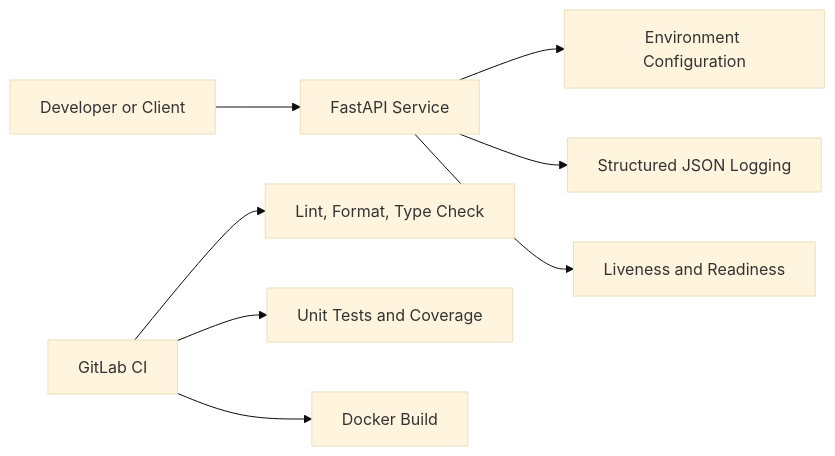
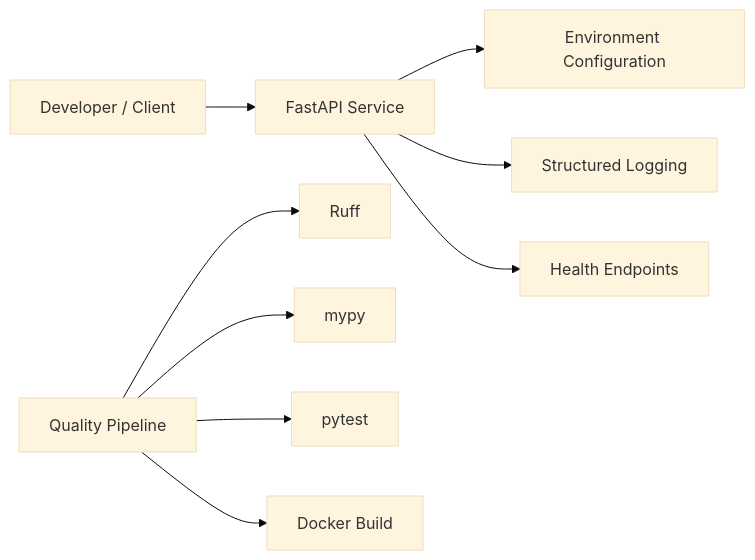
One commit to wholidi/enterprise-ai-platform changed the diagram in docs/architecture/01-platform-overview.md. Above: the diagram before and after it, drawn with Mermaid (base theme). The commit also changed other lines of this file and 7 other files, not shown here.

Commit message:
docs: complete Sprint 2 architecture documentation

````diff
--- a/docs/architecture/01-platform-overview.md
+++ b/docs/architecture/01-platform-overview.md
@@ -9,10 +23,23 @@
 ```mermaid
 flowchart LR
-    User[Developer or Client] --> API[FastAPI Service]
+
+    User[Developer / Client]
+
+    User --> API[FastAPI Service]
+
     API --> Config[Environment Configuration]
-    API --> Logs[Structured JSON Logging]
-    API --> Health[Liveness and Readiness]
-    CI[GitLab CI] --> Quality[Lint, Format, Type Check]
-    CI --> Tests[Unit Tests and Coverage]
-    CI --> Image[Docker Build]
+
+    API --> Logs[Structured Logging]
+
+    API --> Health[Health Endpoints]
+
+    CI[Quality Pipeline]
+
+    CI --> Ruff[Ruff]
+
+    CI --> Mypy[mypy]
+
+    CI --> Tests[pytest]
+
+    CI --> Docker[Docker Build]
 ```
````
